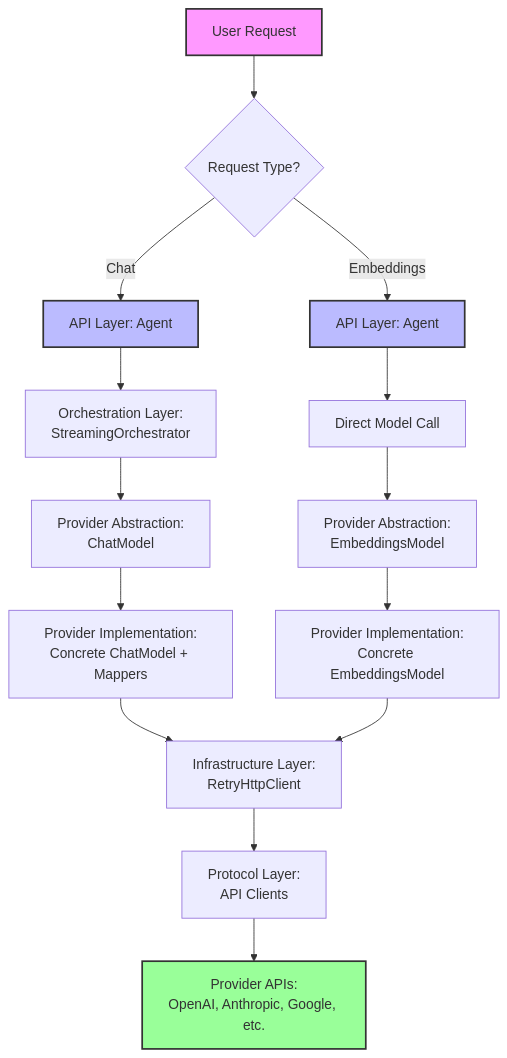
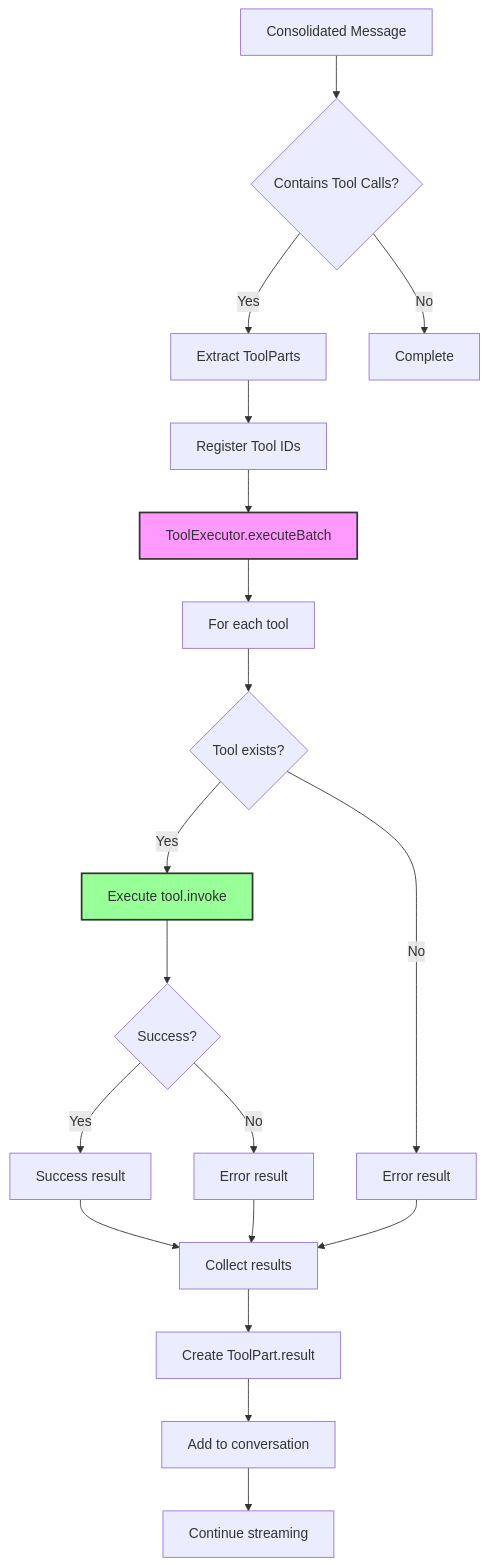
The fourth of 5 diagrams in packages/langchain_compat/specs/ARCHITECTURE_OVERVIEW.md (csells/langchain_dart), drawn with Mermaid before and after one commit. The commit also changed other lines of this file and 13 other files, not shown here.

````diff
--- a/packages/langchain_compat/specs/ARCHITECTURE_OVERVIEW.md
+++ b/packages/langchain_compat/specs/ARCHITECTURE_OVERVIEW.md
@@ -269,28 +197,31 @@
 ```mermaid
 flowchart TD
-    A[User Request] --> B{Request Type?}
+    A[Consolidated Message] --> B{Contains Tool Calls?}
     
-    B -->|Chat| C[API Layer: Agent]
-    B -->|Embeddings| D[API Layer: Agent]
+    B -->|Yes| C[Extract ToolParts]
+    B -->|No| Z[Complete]
     
-    C --> E[Orchestration Layer:<br/>StreamingOrchestrator]
-    D --> F[Direct Model Call]
+    C --> D[Register Tool IDs]
+    D --> E[ToolExecutor.executeBatch]
     
-    E --> G[Provider Abstraction:<br/>ChatModel]
-    F --> H[Provider Abstraction:<br/>EmbeddingsModel]
+    E --> F[For each tool]
+    F --> G{Tool exists?}
     
-    G --> I[Provider Implementation:<br/>Concrete ChatModel + Mappers]
-    H --> J[Provider Implementation:<br/>Concrete EmbeddingsModel]
+    G -->|Yes| H[Execute tool.invoke]
+    G -->|No| I[Error result]
     
-    I --> K[Infrastructure Layer:<br/>RetryHttpClient]
-    J --> K
+    H --> J{Success?}
+    J -->|Yes| K[Success result]
+    J -->|No| L[Error result]
     
-    K --> L[Protocol Layer:<br/>API Clients]
+    K --> M[Collect results]
+    I --> M
+    L --> M
     
-    L --> M[Provider APIs:<br/>OpenAI, Anthropic, Google, etc.]
+    M --> N[Create ToolPart.result]
+    N --> O[Add to conversation]
+    O --> P[Continue streaming]
     
-    style A fill:#f9f,stroke:#333,stroke-width:2px
-    style C fill:#bbf,stroke:#333,stroke-width:2px
-    style D fill:#bbf,stroke:#333,stroke-width:2px
-    style M fill:#9f9,stroke:#333,stroke-width:2px
+    style E fill:#f9f,stroke:#333,stroke-width:2px
+    style H fill:#9f9,stroke:#333,stroke-width:2px
 ```
````
